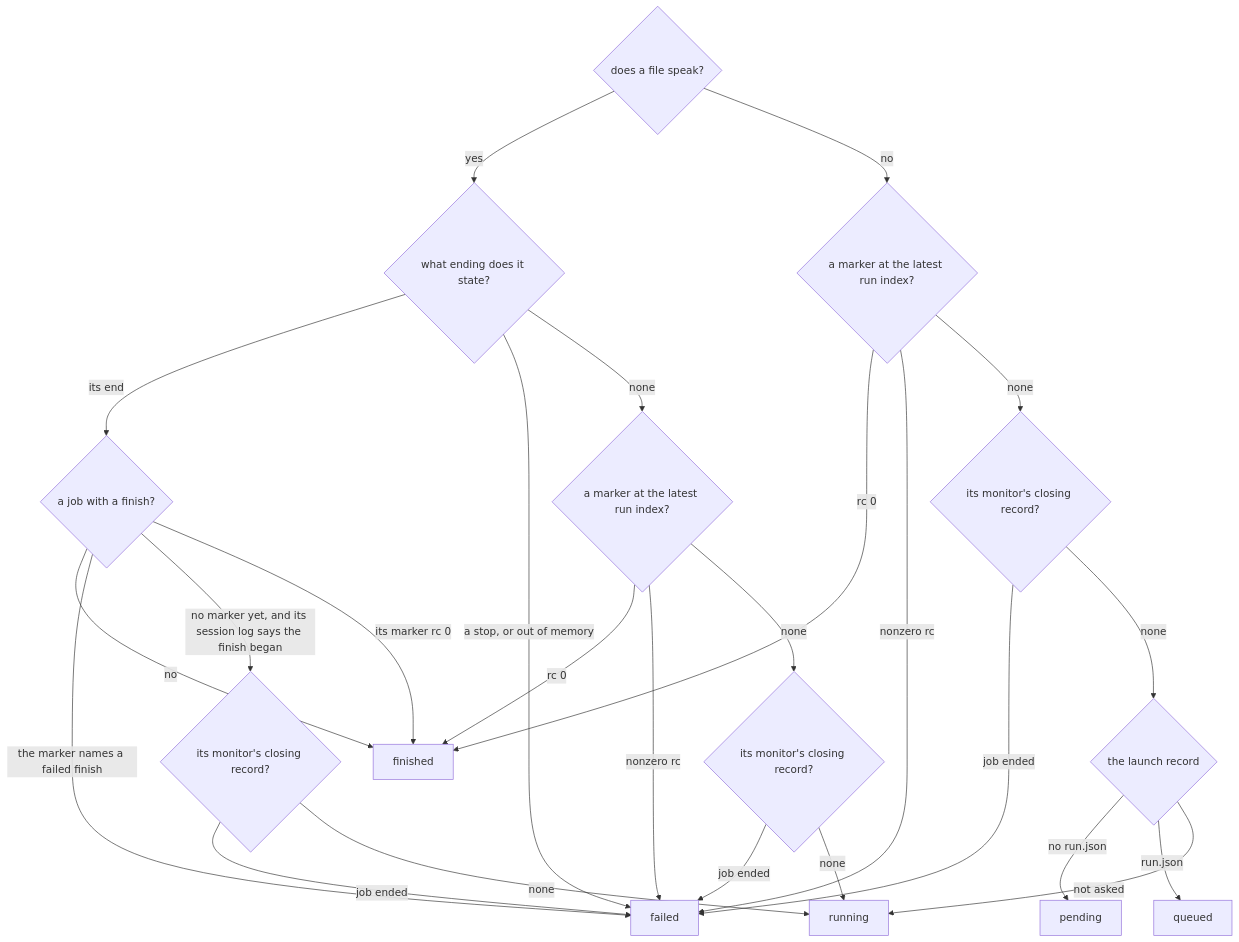
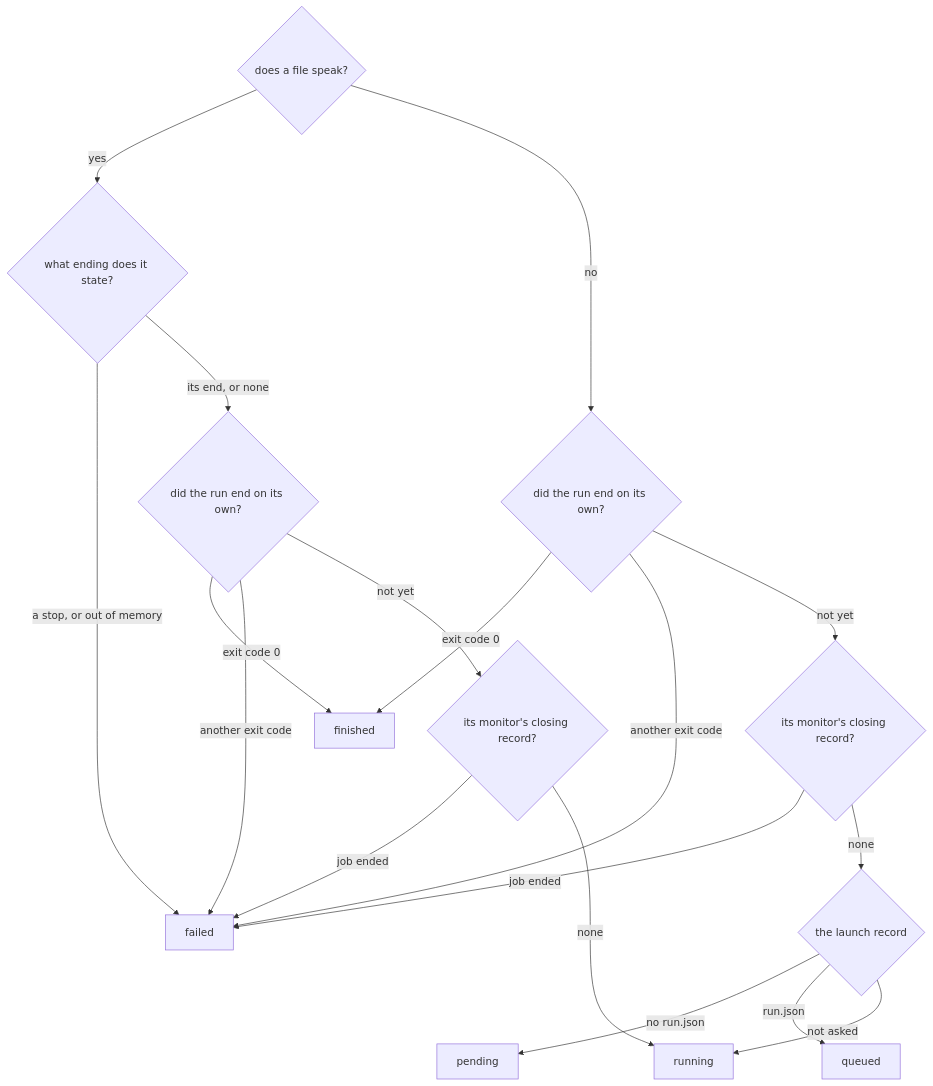
One commit to Qing-LAB/molbuilder changed the third of 6 diagrams in docs/execution/running-a-job.md. Above: the diagram before and after it, drawn with Mermaid. The commit also changed other lines of this file and 35 other files, not shown here.

````diff
--- a/docs/execution/running-a-job.md
+++ b/docs/execution/running-a-job.md
@@ -607,27 +607,20 @@
 ```mermaid
 flowchart TD
     S{"does a file speak?"} -->|"yes"| E{"what ending does it state?"}
-    E -->|"its end"| J{"a job with a finish?"}
-    J -->|"no"| FIN["finished"]
-    J -->|"the marker names a failed finish"| FAIL["failed"]
-    J -->|"no marker yet, and its session log says the finish began"| G0{"its monitor's closing record?"}
-    G0 -->|"job ended"| FAIL
-    G0 -->|"none"| RUN["running"]
-    J -->|"its marker rc 0"| FIN
-    E -->|"a stop, or out of memory"| FAIL
-    E -->|"none"| M1{"a marker at the latest run index?"}
-    M1 -->|"rc 0"| FIN
-    M1 -->|"nonzero rc"| FAIL
-    M1 -->|"none"| G1{"its monitor's closing record?"}
-    G1 -->|"job ended"| FAIL
-    G1 -->|"none"| RUN["running"]
-    S -->|"no"| M2{"a marker at the latest run index?"}
-    M2 -->|"rc 0"| FIN
-    M2 -->|"nonzero rc"| FAIL
-    M2 -->|"none"| G2{"its monitor's closing record?"}
+    E -->|"a stop, or out of memory"| FAIL["failed"]
+    E -->|"its end, or none"| C{"did the run end on its own?"}
+    C -->|"exit code 0"| FIN["finished"]
+    C -->|"another exit code"| FAIL
+    C -->|"not yet"| G{"its monitor's closing record?"}
+    G -->|"job ended"| FAIL
+    G -->|"none"| RUN["running"]
+    S -->|"no"| C2{"did the run end on its own?"}
+    C2 -->|"exit code 0"| FIN
+    C2 -->|"another exit code"| FAIL
+    C2 -->|"not yet"| G2{"its monitor's closing record?"}
     G2 -->|"job ended"| FAIL
     G2 -->|"none"| L{"the launch record"}
     L -->|"no run.json"| PEN["pending"]
     L -->|"run.json"| Q["queued"]
     L -->|"not asked"| RUN
 ```
````
